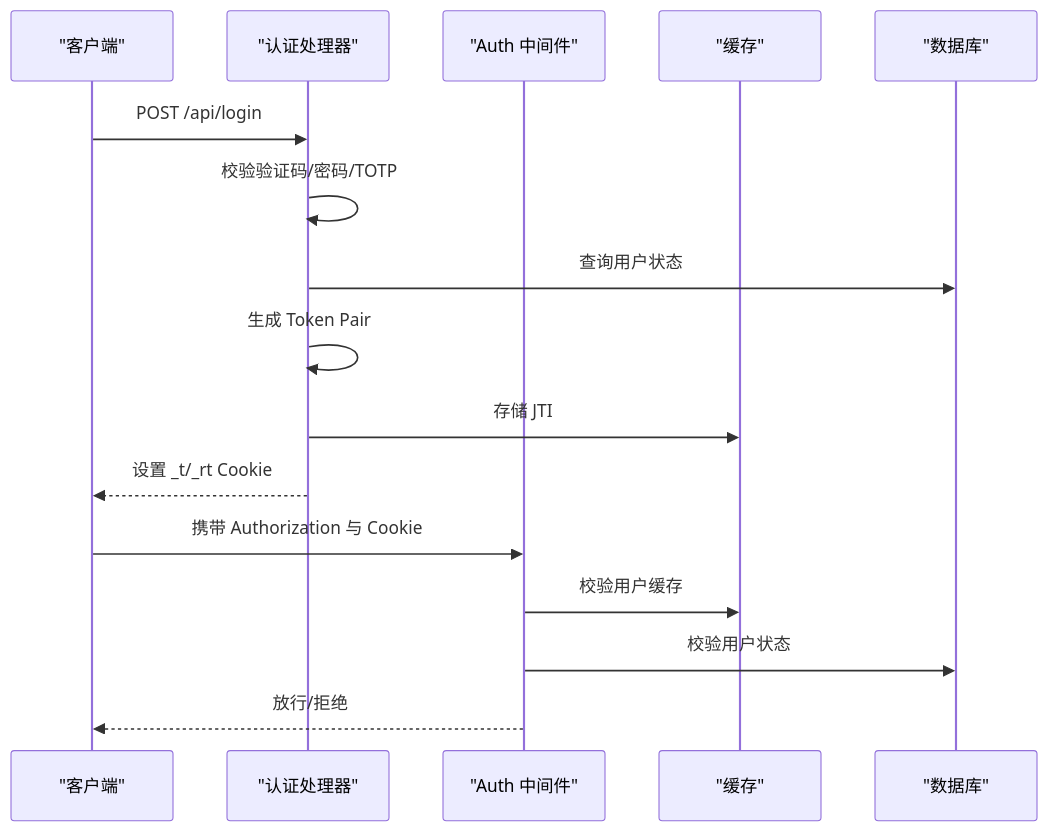
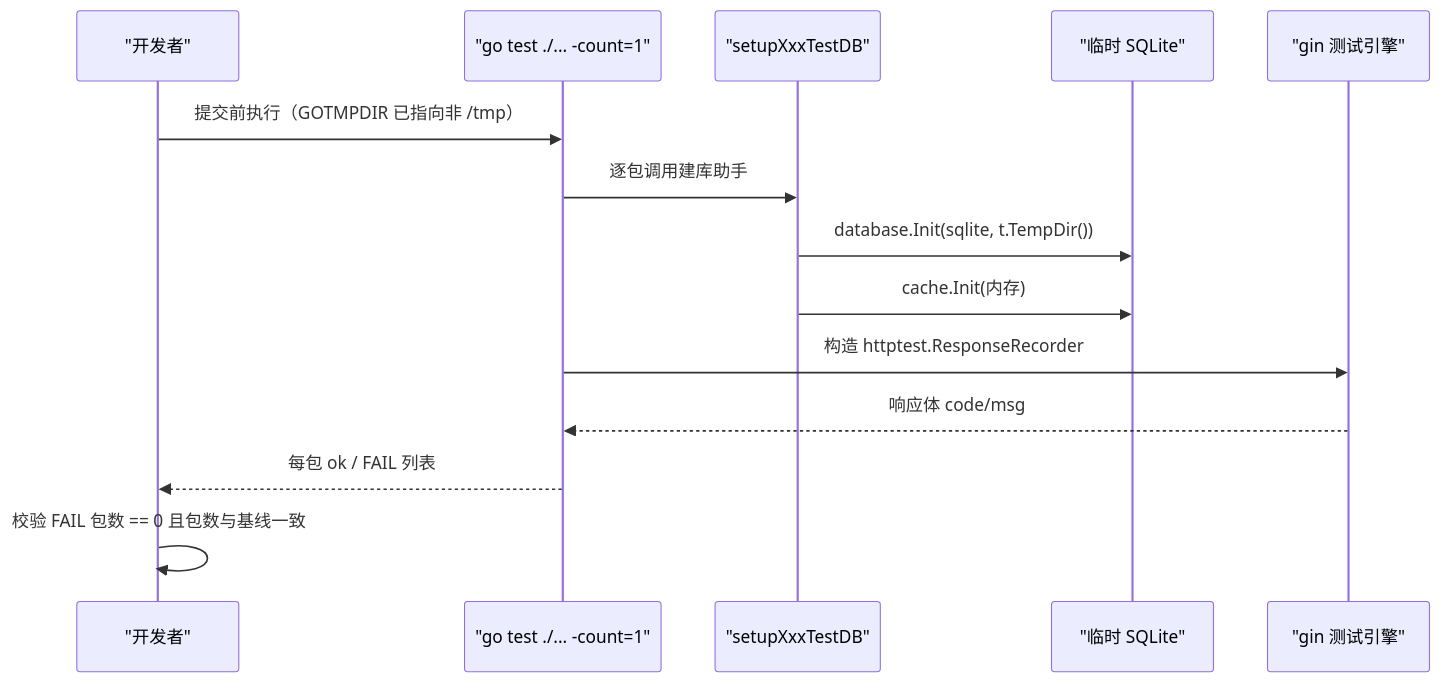
The second of 4 diagrams in docs/扩展开发/扩展测试与验证.md (x01n/dnsplane), drawn with Mermaid before and after one commit. The commit also changed other lines of this file and 326 other files, not shown here.

````diff
--- a/docs/扩展开发/扩展测试与验证.md
+++ b/docs/扩展开发/扩展测试与验证.md
@@ -133,18 +209,16 @@
 ```mermaid
 sequenceDiagram
-participant Client as "客户端"
-participant Auth as "认证处理器"
-participant MW as "Auth 中间件"
-participant Cache as "缓存"
-participant DB as "数据库"
-Client->>Auth : POST /api/login
-Auth->>Auth : 校验验证码/密码/TOTP
-Auth->>DB : 查询用户状态
-Auth->>Auth : 生成 Token Pair
-Auth->>Cache : 存储 JTI
-Auth-->>Client : 设置 _t/_rt Cookie
-Client->>MW : 携带 Authorization 与 Cookie
-MW->>Cache : 校验用户缓存
-MW->>DB : 校验用户状态
-MW-->>Client : 放行/拒绝
+participant Dev as "开发者"
+participant Go as "go test ./... -count=1"
+participant Helper as "setupXxxTestDB"
+participant DB as "临时 SQLite"
+participant Engine as "gin 测试引擎"
+Dev->>Go : 提交前执行（GOTMPDIR 已指向非 /tmp）
+Go->>Helper : 逐包调用建库助手
+Helper->>DB : database.Init(sqlite, t.TempDir())
+Helper->>DB : cache.Init(内存)
+Go->>Engine : 构造 httptest.ResponseRecorder
+Engine-->>Go : 响应体 code/msg
+Go-->>Dev : 每包 ok / FAIL 列表
+Dev->>Dev : 校验 FAIL 包数 == 0 且包数与基线一致
 ```
````
